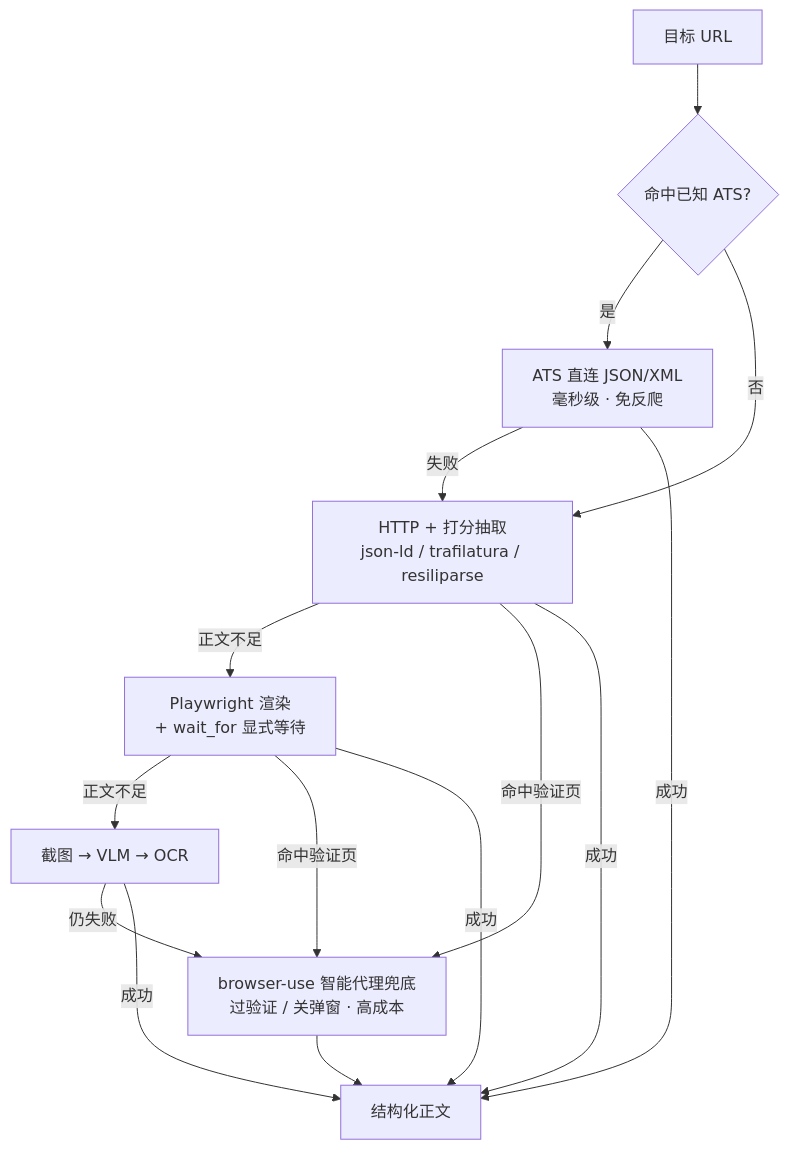
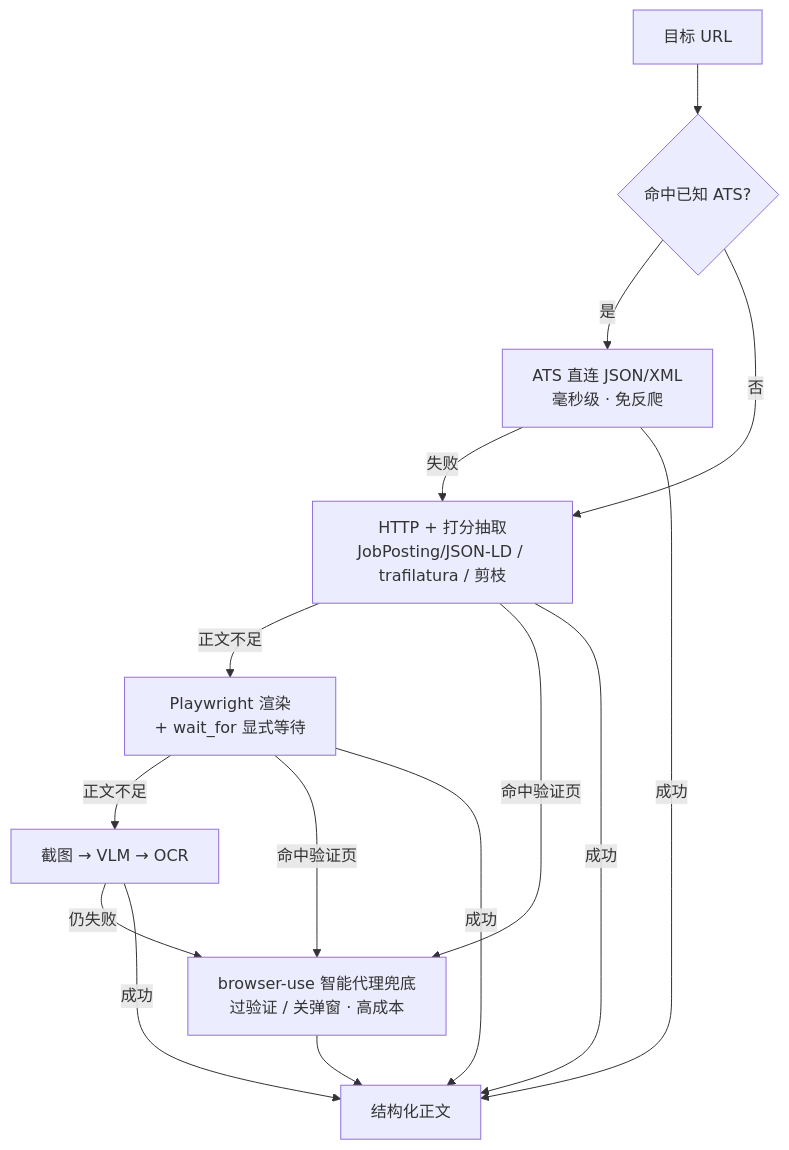
One commit to GIS-Info/GISPHERE_LLM_Analysis changed the second of 2 diagrams in README.md. Above: the diagram before and after it, drawn with Mermaid. The commit also changed other lines of this file and 4 other files, not shown here.

````diff
--- a/README.md
+++ b/README.md
@@ -198,17 +198,17 @@
 ```mermaid
 flowchart TD
     U["目标 URL"] --> Q{"命中已知 ATS?"}
     Q -->|是| ATS["ATS 直连 JSON/XML<br/>毫秒级 · 免反爬"]
-    Q -->|否| H["HTTP + 打分抽取<br/>json-ld / trafilatura / resiliparse"]
+    Q -->|否| H["HTTP + 打分抽取<br/>JobPosting/JSON-LD / trafilatura / 剪枝"]
     ATS -->|失败| H
     H -->|正文不足| P["Playwright 渲染<br/>+ wait_for 显式等待"]
     P -->|正文不足| S["截图 → VLM → OCR"]
     H -->|命中验证页| BU["browser-use 智能代理兜底<br/>过验证 / 关弹窗 · 高成本"]
     P -->|命中验证页| BU
     S -->|仍失败| BU
     ATS -->|成功| OK["结构化正文"]
     H -->|成功| OK
     P -->|成功| OK
     S -->|成功| OK
     BU --> OK
 ```
````
